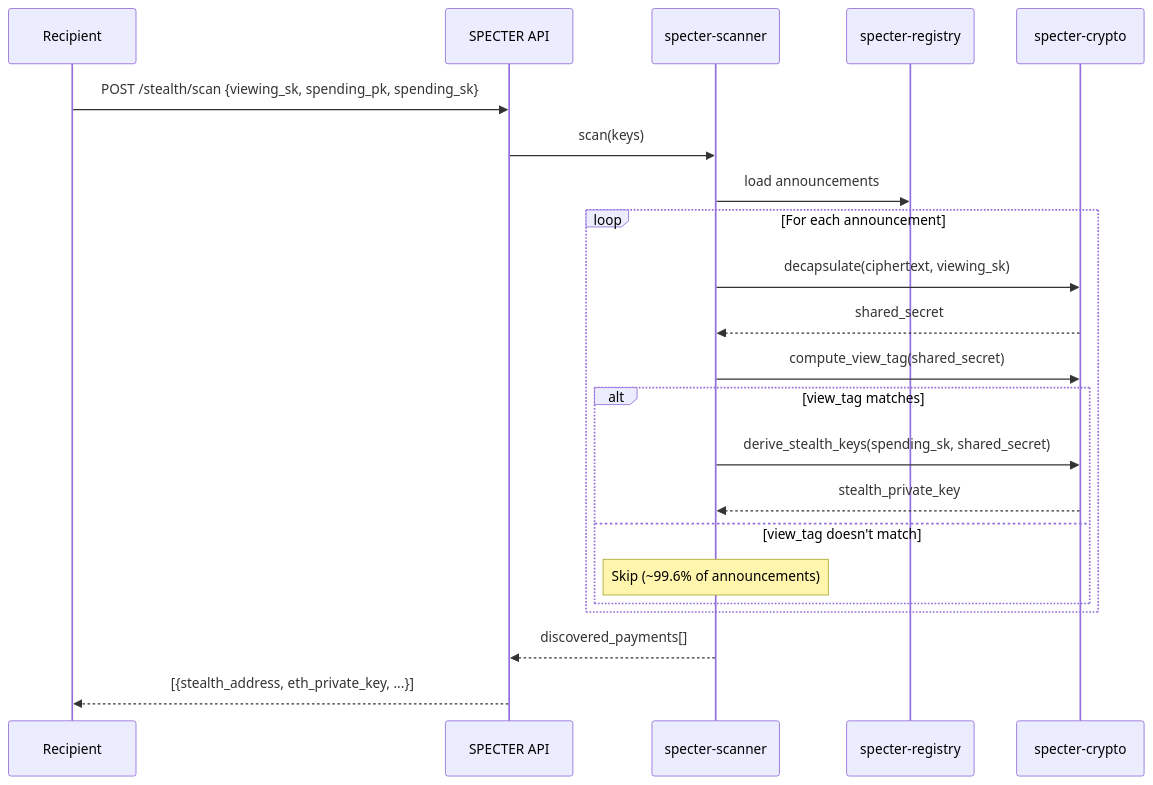
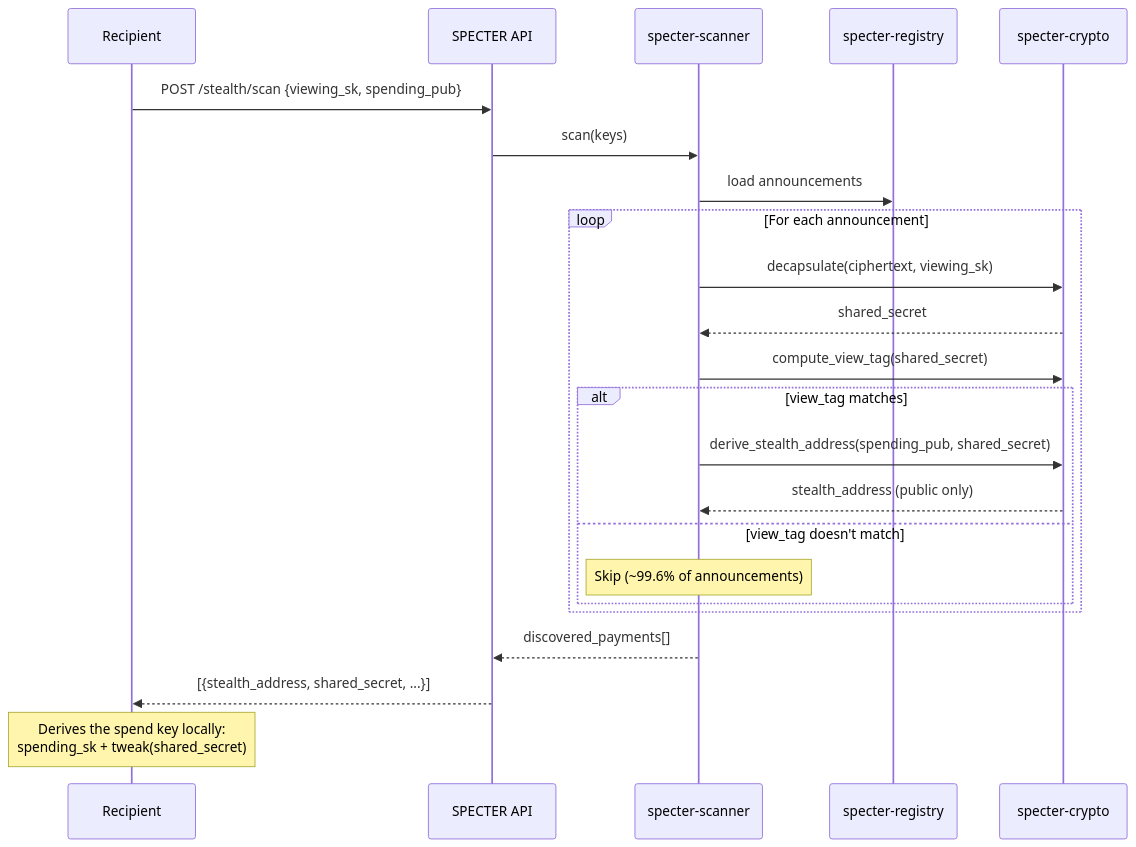
The second of 2 diagrams in docs/how-it-works/architecture.mdx (specter-privacy/docs), drawn with Mermaid before and after one commit. The commit also changed other lines of this file and 10 other files, not shown here.

````diff
--- a/docs/how-it-works/architecture.mdx
+++ b/docs/how-it-works/architecture.mdx
@@ -65,27 +65,28 @@
 ```mermaid
 sequenceDiagram
     participant Recipient
     participant API as SPECTER API
     participant Scanner as specter-scanner
     participant Registry as specter-registry
     participant Crypto as specter-crypto
 
-    Recipient->>API: POST /stealth/scan {viewing_sk, spending_pk, spending_sk}
+    Recipient->>API: POST /stealth/scan {viewing_sk, spending_pub}
     API->>Scanner: scan(keys)
     Scanner->>Registry: load announcements
 
     loop For each announcement
         Scanner->>Crypto: decapsulate(ciphertext, viewing_sk)
         Crypto-->>Scanner: shared_secret
         Scanner->>Crypto: compute_view_tag(shared_secret)
         alt view_tag matches
-            Scanner->>Crypto: derive_stealth_keys(spending_sk, shared_secret)
-            Crypto-->>Scanner: stealth_private_key
+            Scanner->>Crypto: derive_stealth_address(spending_pub, shared_secret)
+            Crypto-->>Scanner: stealth_address (public only)
         else view_tag doesn't match
             Note over Scanner: Skip (~99.6% of announcements)
         end
     end
 
     Scanner-->>API: discovered_payments[]
-    API-->>Recipient: [{stealth_address, eth_private_key, ...}]
+    API-->>Recipient: [{stealth_address, shared_secret, ...}]
+    Note over Recipient: Derives the spend key locally:<br/>spending_sk + tweak(shared_secret)
 ```
````
